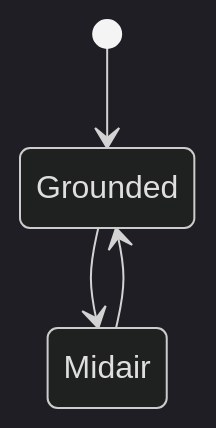
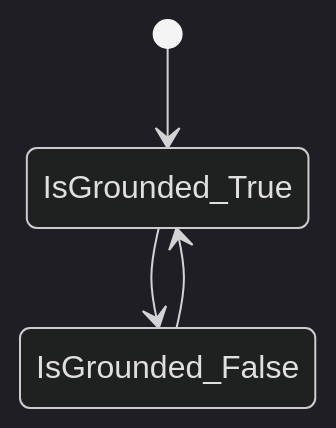
One commit to kedzkiest/FPS changed the second of 3 diagrams in FPS/Docs/PlayerCharacterController_State.md. Above: the diagram before and after it, drawn with Mermaid (dark theme). The commit also changed other lines of this file and 1 other file, not shown here.

Commit message:
プレイヤーの状態遷移図を更新

````diff
--- a/FPS/Docs/PlayerCharacterController_State.md
+++ b/FPS/Docs/PlayerCharacterController_State.md
@@ -10,8 +10,8 @@
 ```mermaid
 stateDiagram-v2
-[*] --> Grounded
+[*] --> IsGrounded_True
 
-Grounded --> Midair
+IsGrounded_True --> IsGrounded_False
 
-Midair --> Grounded
+IsGrounded_False --> IsGrounded_True
 ```
````
